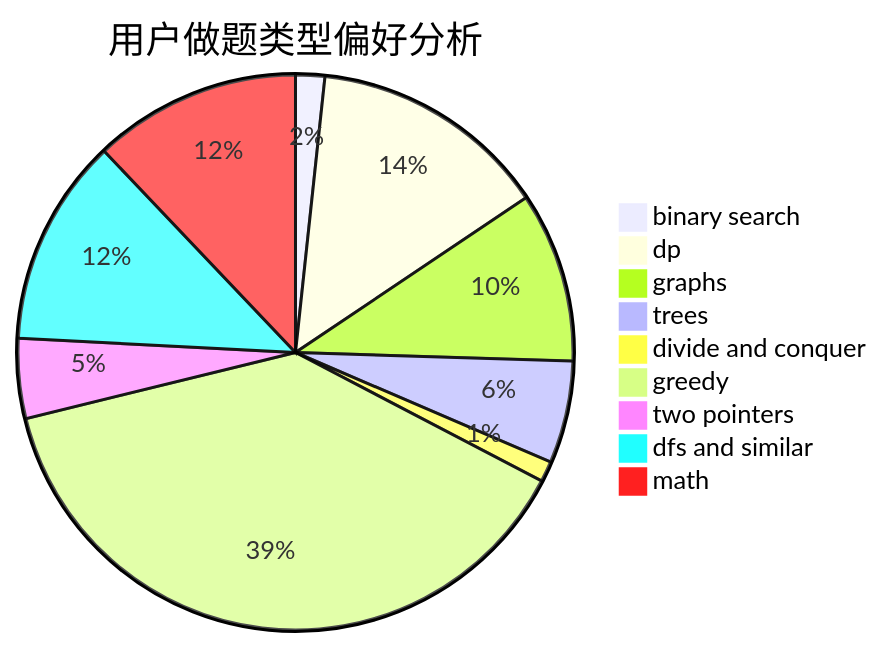
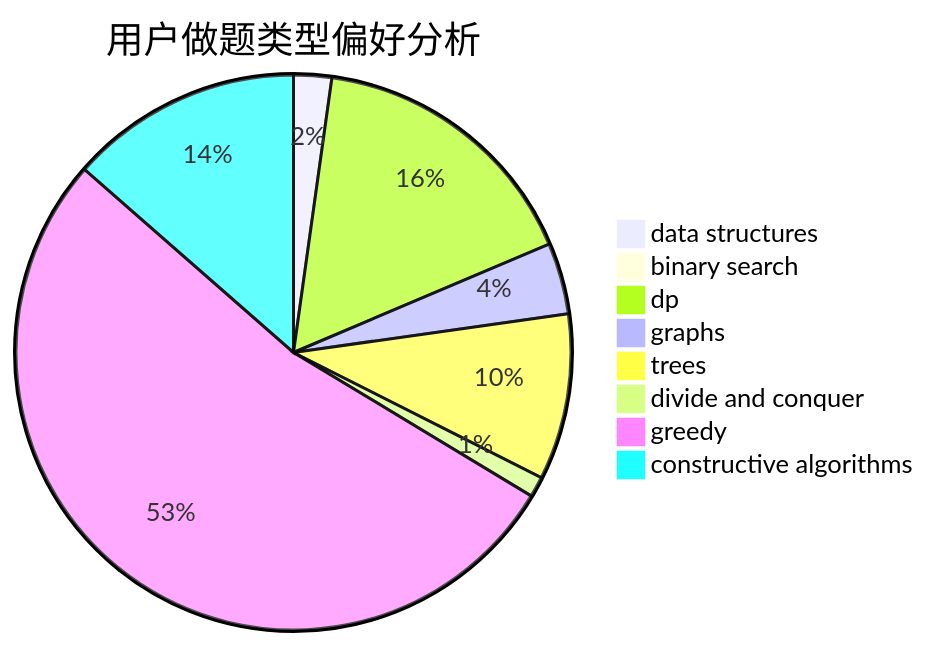
The second of 3 diagrams in docs/user/u2580.md (sherpahu/cfrs.github.io), drawn with Mermaid before and after one commit. The commit also changed other lines of this file and 2775 other files, not shown here.

````diff
--- a/docs/user/u2580.md
+++ b/docs/user/u2580.md
@@ -23,12 +23,11 @@
 ```mermaid
 pie title 用户做题类型偏好分析
-    "binary search" :  31
-    "dp" :  254
-    "graphs" :  181
-    "trees" :  109
-    "divide and conquer" :  22
-    "greedy" :  704
-    "two pointers" :  85
-    "dfs and similar" :  221
-    "math" :  221
+    "data structures" :  24
+    "binary search" :  1
+    "dp" :  178
+    "graphs" :  45
+    "trees" :  105
+    "divide and conquer" :  13
+    "greedy" :  573
+    "constructive algorithms" :  147
 ```
````
